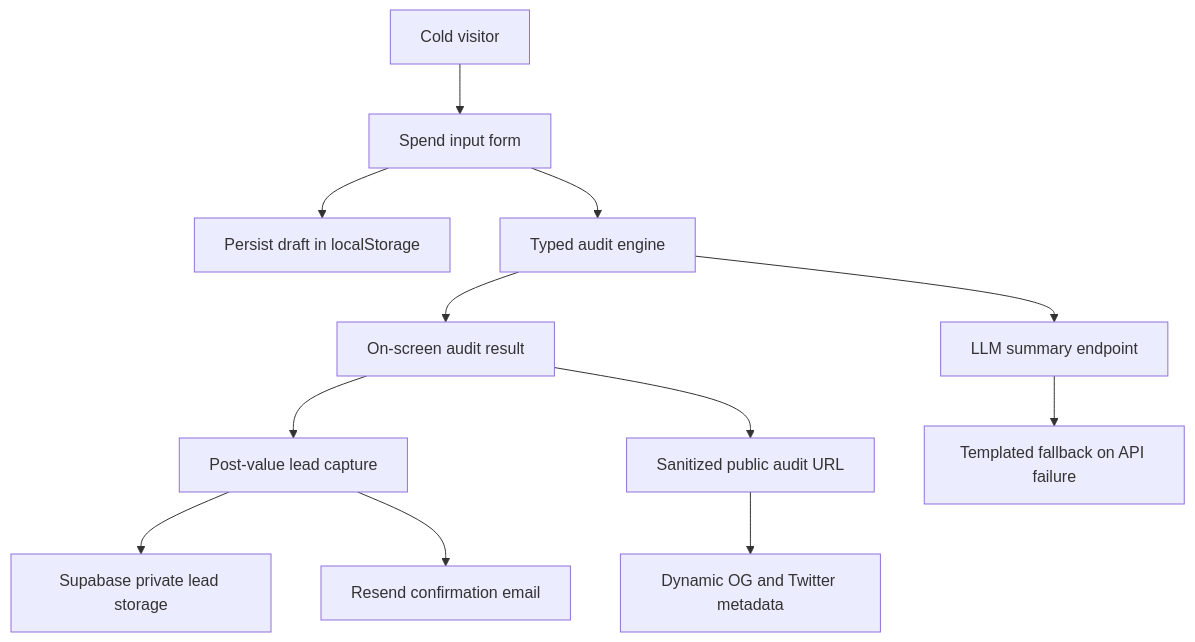
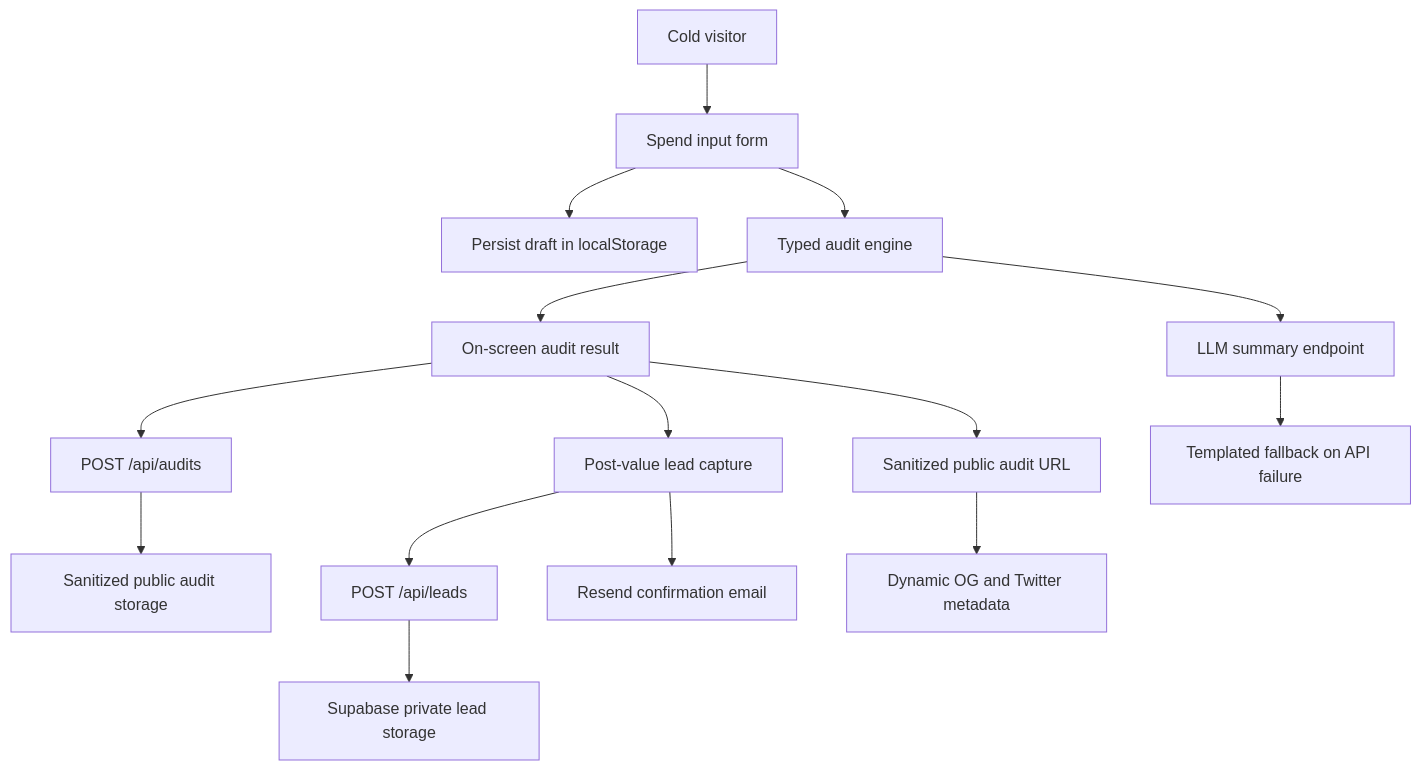
The diagram in ARCHITECTURE.md (emphor11/credex), drawn with Mermaid before and after one commit. The commit also changed other lines of this file and 17 other files, not shown here.

Commit message:
feat: add audit sharing and lead capture

````diff
--- a/ARCHITECTURE.md
+++ b/ARCHITECTURE.md
@@ -3,14 +3,17 @@
 ```mermaid
 flowchart TD
   Visitor["Cold visitor"] --> Form["Spend input form"]
   Form --> LocalStorage["Persist draft in localStorage"]
   Form --> Engine["Typed audit engine"]
   Engine --> Results["On-screen audit result"]
+  Results --> AuditAPI["POST /api/audits"]
+  AuditAPI --> PublicStore["Sanitized public audit storage"]
   Results --> Lead["Post-value lead capture"]
-  Lead --> Supabase["Supabase private lead storage"]
+  Lead --> LeadAPI["POST /api/leads"]
+  LeadAPI --> Supabase["Supabase private lead storage"]
   Lead --> Email["Resend confirmation email"]
   Results --> PublicAudit["Sanitized public audit URL"]
   PublicAudit --> OG["Dynamic OG and Twitter metadata"]
   Engine --> Summary["LLM summary endpoint"]
   Summary --> Fallback["Templated fallback on API failure"]
 ```
````
